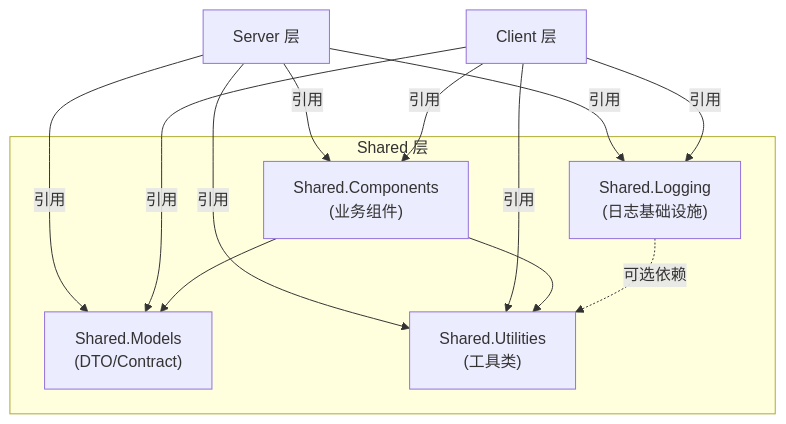
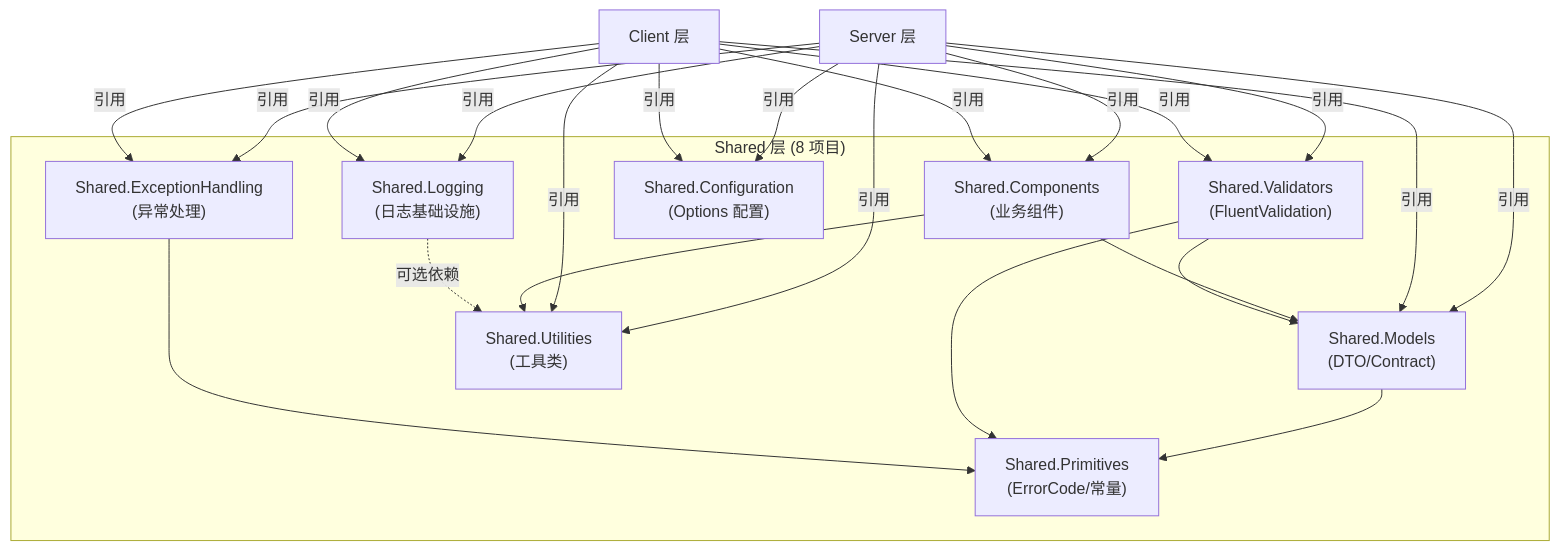
The diagram in docs/03-architecture/shared.md (shouqitao/LYBTZYZS), drawn with Mermaid before and after one commit. The commit also changed other lines of this file and 14 other files, not shown here.

````diff
--- a/docs/03-architecture/shared.md
+++ b/docs/03-architecture/shared.md
@@ -9,15 +9,22 @@
 ```mermaid
 graph TB
-    Server["Server 层"] -->|"引用"| Models & Utilities & Components & Logging
-    Client["Client 层"] -->|"引用"| Models & Utilities & Components & Logging
+    Server["Server 层"] -->|"引用"| Models & Utilities & Components & Logging & ExH & Config & Validators
+    Client["Client 层"] -->|"引用"| Models & Utilities & Components & Logging & ExH & Config & Validators
 
-    subgraph Shared["Shared 层"]
+    subgraph Shared["Shared 层 (8 项目)"]
+        Primitives["Shared.Primitives<br>(ErrorCode/常量)"]
         Models["Shared.Models<br>(DTO/Contract)"]
         Utilities["Shared.Utilities<br>(工具类)"]
         Components["Shared.Components<br>(业务组件)"]
         Logging["Shared.Logging<br>(日志基础设施)"]
+        Validators["Shared.Validators<br>(FluentValidation)"]
+        ExH["Shared.ExceptionHandling<br>(异常处理)"]
+        Config["Shared.Configuration<br>(Options 配置)"]
     end
 
+    Models --> Primitives
     Components --> Models & Utilities
+    Validators --> Models & Primitives
+    ExH --> Primitives
     Logging -.->|"可选依赖"| Utilities
 ```
````
